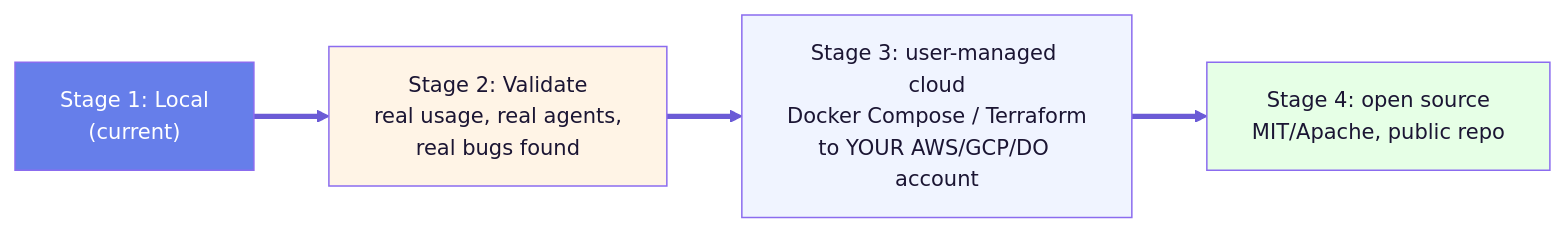
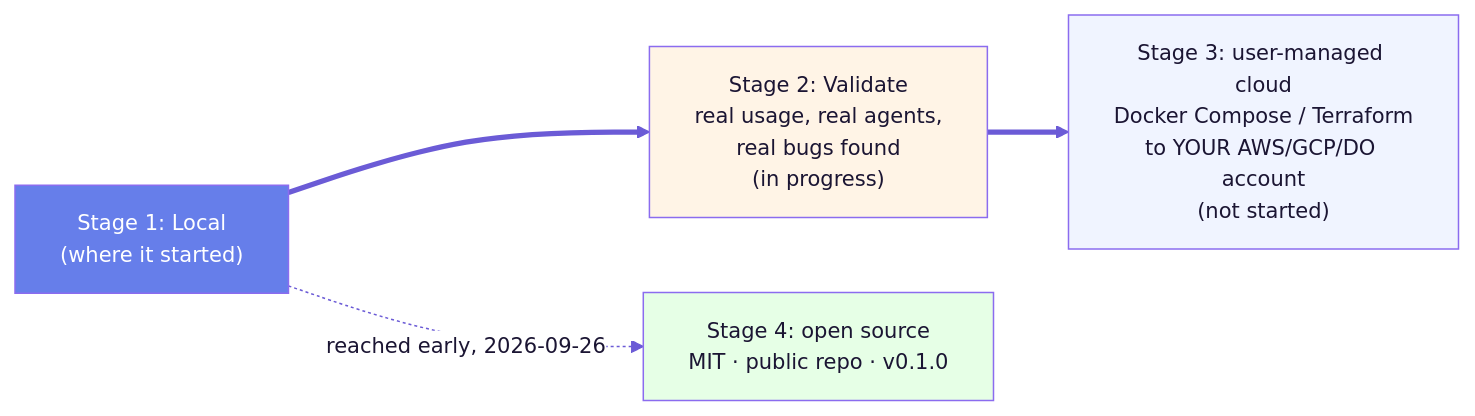
Diagram 34 of 35 in ARCHITECTURE.md (jacobcowanr/ValhallaAI), drawn with Mermaid before and after one commit. The commit also changed other lines of this file and 4 other files, not shown here.

````diff
--- a/ARCHITECTURE.md
+++ b/ARCHITECTURE.md
@@ -1813,20 +1813,21 @@
 ```mermaid
 %%{init: {'fontFamily':'Arial, Helvetica, sans-serif','theme':'base','themeVariables':{'primaryColor':'#efe9ff','primaryTextColor':'#1b1533','primaryBorderColor':'#8b6cef','lineColor':'#6b5bd6','secondaryColor':'#e4eaff','tertiaryColor':'#f7f5ff','edgeLabelBackground':'#ffffff','fontFamily':'Arial, Helvetica, sans-serif','fontSize':'14px','noteBkgColor':'#fff6dc','noteTextColor':'#3a2f00','actorBkg':'#efe9ff','actorBorder':'#8b6cef','actorTextColor':'#1b1533','signalColor':'#4a3fb0','signalTextColor':'#1b1533','xyChart':{'backgroundColor':'#ffffff','plotColorPalette':'#8b6cef','titleColor':'#1b1533','xAxisLabelColor':'#1b1533','yAxisLabelColor':'#1b1533','xAxisTitleColor':'#1b1533','yAxisTitleColor':'#1b1533','xAxisLineColor':'#6b5bd6','yAxisLineColor':'#6b5bd6','xAxisTickColor':'#6b5bd6','yAxisTickColor':'#6b5bd6'}}}}%%
 flowchart LR
     accTitle: The four deployment stages
     accDescr {
-        Stage one is local development, which is where the project is now.
-        Stage two is validation through real daily use, which is where real
-        bugs get found. Stage three is deployment to a cloud account the user
-        owns, and stage four is opening the source. Each stage is a gate that
-        is not skipped, and stage two is explicitly not a deadline.
+        Stage one is local development, where the project started. Stage two
+        is validation through real daily use, which is where real bugs get
+        found and which is still in progress. Stage three is deployment to a
+        cloud account the user owns, and it has not started. Stage four,
+        opening the source, was reached out of order on 2026-09-26, before
+        stage two finished.
     }
-    Local["Stage 1: Local<br/>(current)"] ==> Validate["Stage 2: Validate<br/>real usage, real agents,<br/>real bugs found"]
-    Validate ==> Cloud["Stage 3: user-managed cloud<br/>Docker Compose / Terraform<br/>to YOUR AWS/GCP/DO account"]
-    Cloud ==> OpenSource["Stage 4: open source<br/>MIT/Apache, public repo"]
+    Local["Stage 1: Local<br/>(where it started)"] ==> Validate["Stage 2: Validate<br/>real usage, real agents,<br/>real bugs found<br/>(in progress)"]
+    Validate ==> Cloud["Stage 3: user-managed cloud<br/>Docker Compose / Terraform<br/>to YOUR AWS/GCP/DO account<br/>(not started)"]
+    Local -.->|"reached early, 2026-09-26"| OpenSource["Stage 4: open source<br/>MIT · public repo · v0.1.0"]
 
     style Local fill:#667eea,color:#fff
     style Validate fill:#fff4e6
     style Cloud fill:#f0f4ff
     style OpenSource fill:#e6ffe6
 ```
````
